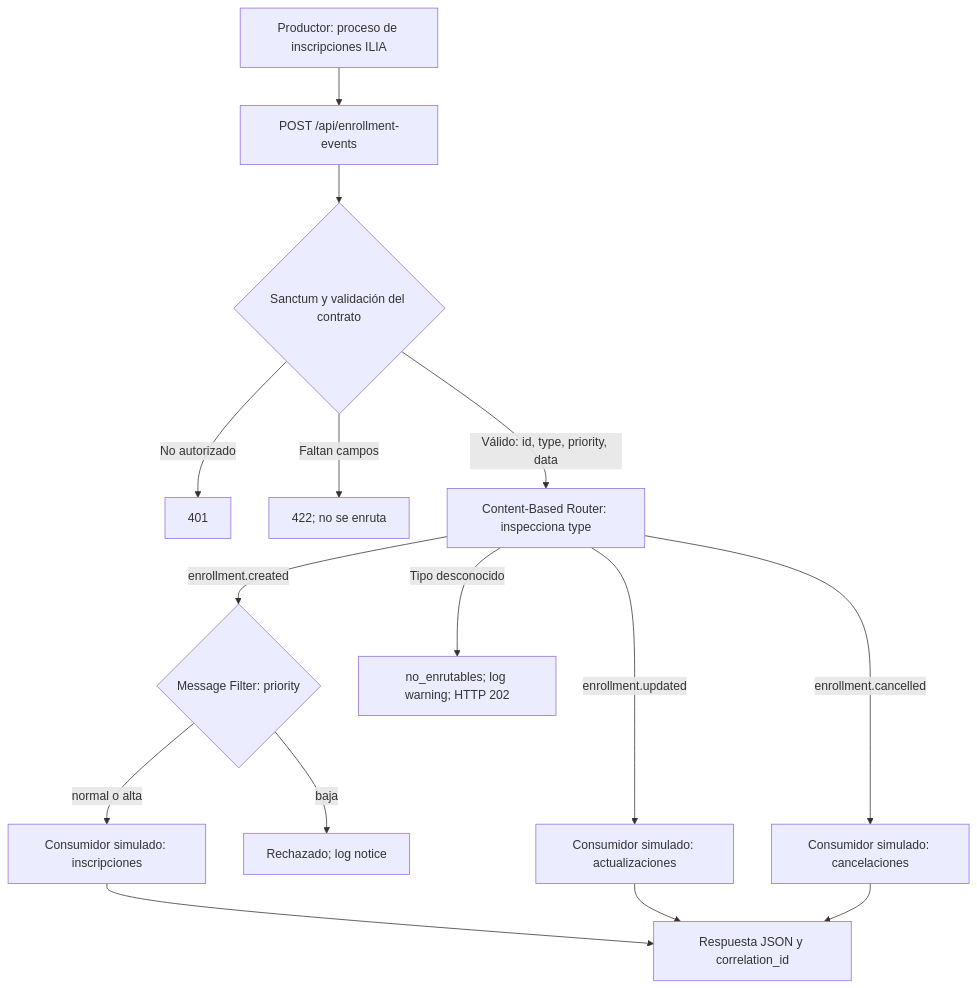
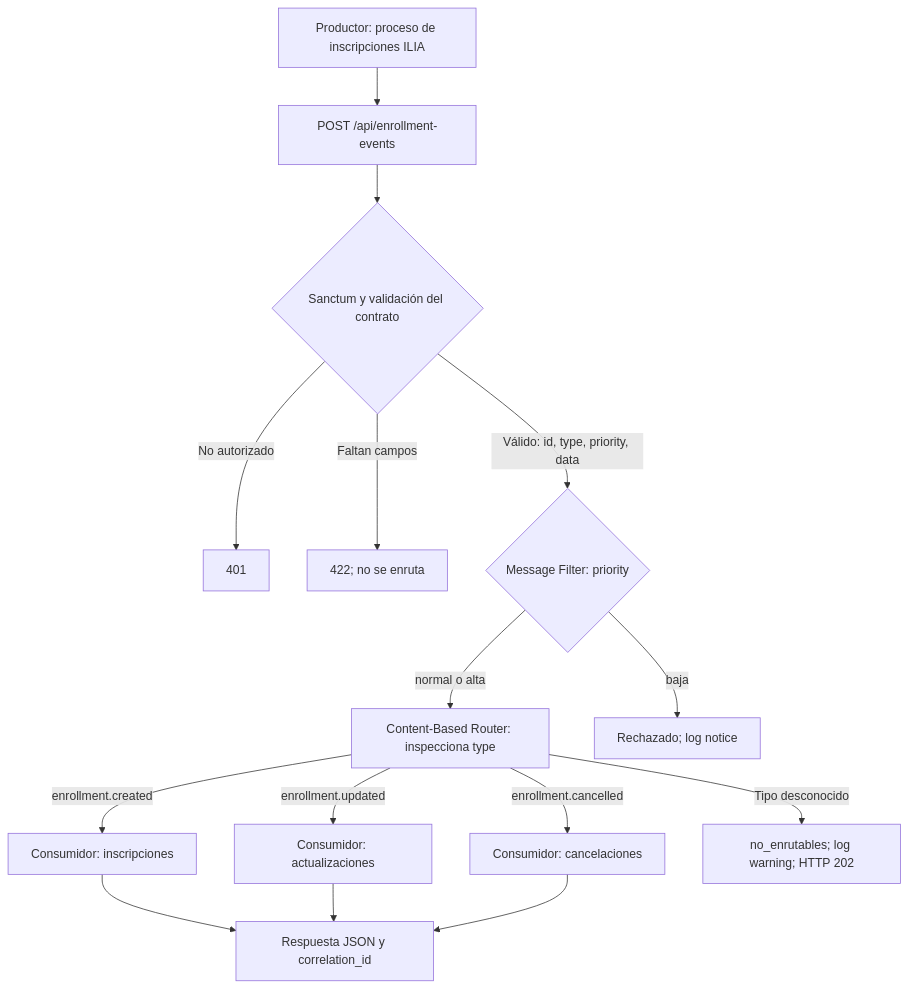
The diagram in 3.2/docs/flujo-mensajes.mmd (CarlosJChileS/Integracion-e-implementacion-de-software), drawn with Mermaid before and after one commit. The commit also changed 33 other files, not shown here.

```diff
--- a/3.2/docs/flujo-mensajes.mmd
+++ b/3.2/docs/flujo-mensajes.mmd
@@ -1,15 +1,15 @@
 flowchart TD
     A[Productor: proceso de inscripciones ILIA] --> B[POST /api/enrollment-events]
     B --> C{Sanctum y validación del contrato}
     C -->|No autorizado| X[401]
     C -->|Faltan campos| Y[422; no se enruta]
-    C -->|Válido: id, type, priority, data| D[Content-Based Router: inspecciona type]
-    D -->|enrollment.created| E{Message Filter: priority}
-    E -->|normal o alta| F[Consumidor simulado: inscripciones]
+    C -->|Válido: id, type, priority, data| E{Message Filter: priority}
+    E -->|normal o alta| D[Content-Based Router: inspecciona type]
     E -->|baja| G[Rechazado; log notice]
-    D -->|enrollment.updated| H[Consumidor simulado: actualizaciones]
-    D -->|enrollment.cancelled| I[Consumidor simulado: cancelaciones]
+    D -->|enrollment.created| F[Consumidor: inscripciones]
+    D -->|enrollment.updated| H[Consumidor: actualizaciones]
+    D -->|enrollment.cancelled| I[Consumidor: cancelaciones]
     D -->|Tipo desconocido| J[no_enrutables; log warning; HTTP 202]
     F --> K[Respuesta JSON y correlation_id]
     H --> K
     I --> K
```
